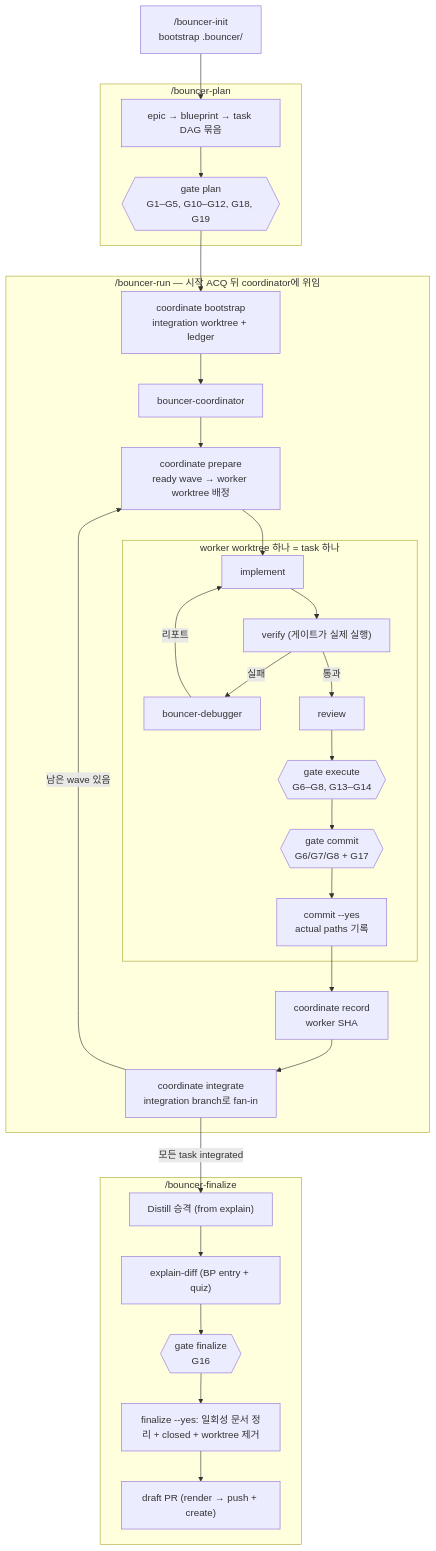
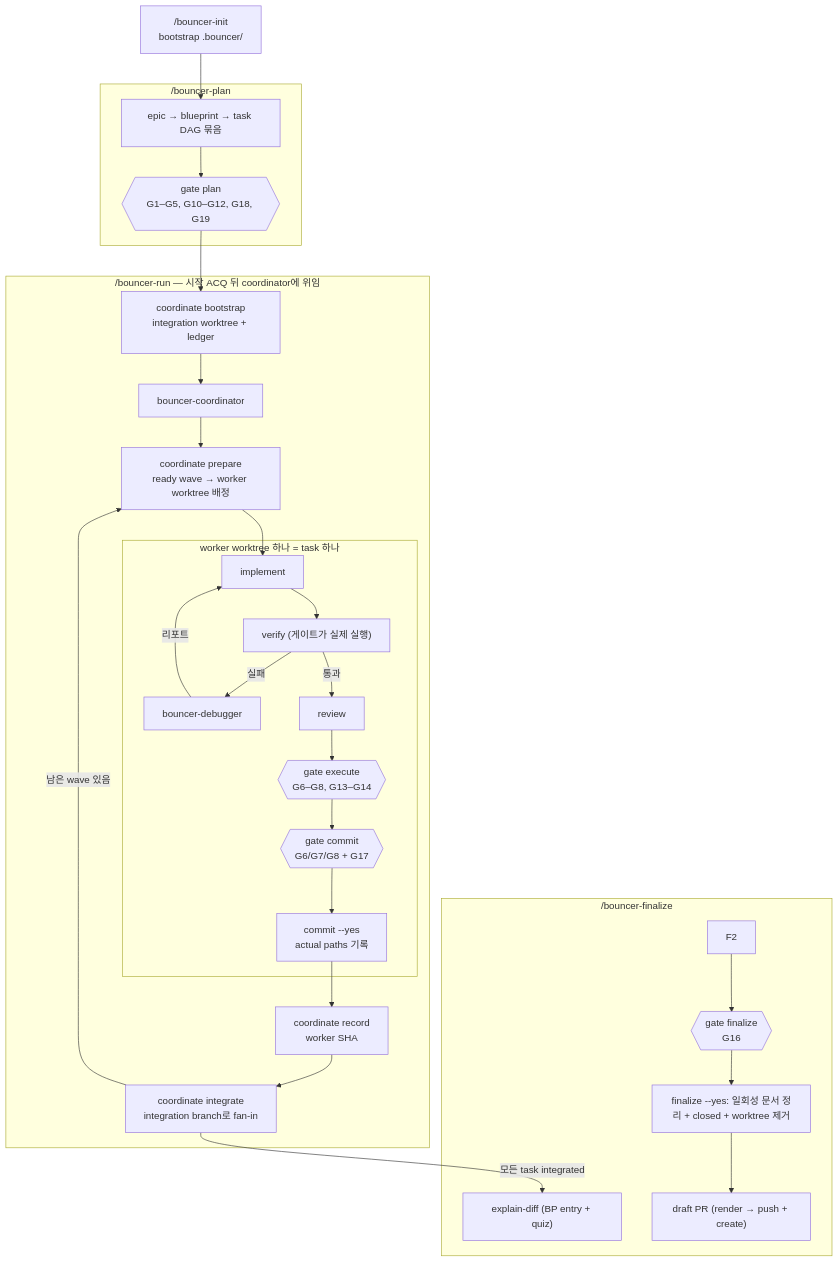
One commit to cheongfish/bouncer changed the diagram in docs/workflow.md. Above: the diagram before and after it, drawn with Mermaid. The commit also changed other lines of this file and 75 other files, not shown here.

````diff
--- a/docs/workflow.md
+++ b/docs/workflow.md
@@ -41,39 +41,39 @@
 ```mermaid
 flowchart TD
     BI["/bouncer-init<br/>bootstrap .bouncer/"]
 
     subgraph PLAN["/bouncer-plan"]
         P1["epic → blueprint → task DAG 묶음"] --> P2{{"gate plan<br/>G1–G5, G10–G12, G18, G19"}}
     end
 
     subgraph RUN["/bouncer-run — 시작 ACQ 뒤 coordinator에 위임"]
         R1["coordinate bootstrap<br/>integration worktree + ledger"] --> R2["bouncer-coordinator"]
         R2 --> R3["coordinate prepare<br/>ready wave → worker worktree 배정"]
 
         subgraph WORK["worker worktree 하나 = task 하나"]
             E1["implement"] --> E2["verify (게이트가 실제 실행)"]
             E2 -- 실패 --> E3["bouncer-debugger"]
             E3 -- 리포트 --> E1
             E2 -- 통과 --> E4["review"]
             E4 --> E5{{"gate execute<br/>G6–G8, G13–G14"}}
             E5 --> C1{{"gate commit<br/>G6/G7/G8 + G17"}}
             C1 --> C2["commit --yes<br/>actual paths 기록"]
         end
 
         R3 --> E1
         C2 --> R4["coordinate record<br/>worker SHA"]
         R4 --> R5["coordinate integrate<br/>integration branch로 fan-in"]
         R5 -- "남은 wave 있음" --> R3
     end
 
     subgraph FIN["/bouncer-finalize"]
-        F1["Distill 승격 (from explain)"] --> F2["explain-diff (BP entry + quiz)"]
+        F1["explain-diff (BP entry + quiz)"]
         F2 --> F3{{"gate finalize<br/>G16"}}
         F3 --> F4["finalize --yes: 일회성 문서 정리 + closed + worktree 제거"]
         F4 --> F5["draft PR (render → push + create)"]
     end
 
     BI --> P1
     P2 --> R1
     R5 -- "모든 task integrated" --> F1
 ```
````
